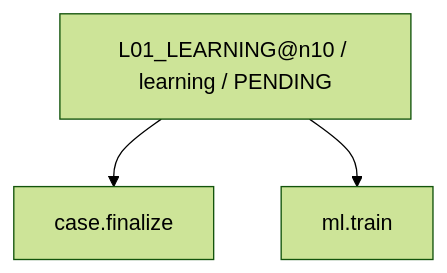
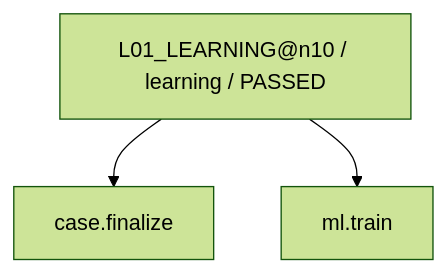
Before and after one commit to rrikunagasige-dot/kyotsu-step-web: diagram 30 of 30 in work/items/W-MATH-035-choice-order-factor-audit/generated/CAPABILITY_FIRE_DIAGRAM.md, drawn with Mermaid (forest theme). The commit also changed other lines of this file and 661 other files, not shown here.

````diff
--- a/work/items/W-MATH-035-choice-order-factor-audit/generated/CAPABILITY_FIRE_DIAGRAM.md
+++ b/work/items/W-MATH-035-choice-order-factor-audit/generated/CAPABILITY_FIRE_DIAGRAM.md
@@ -464,8 +464,8 @@
 ```mermaid
 flowchart TD
-  N0["L01_LEARNING@n10 / learning / PENDING"]
+  N0["L01_LEARNING@n10 / learning / PASSED"]
   N1["case.finalize"]
   N2["ml.train"]
   N0 --> N1
   N0 --> N2
 ```
````
